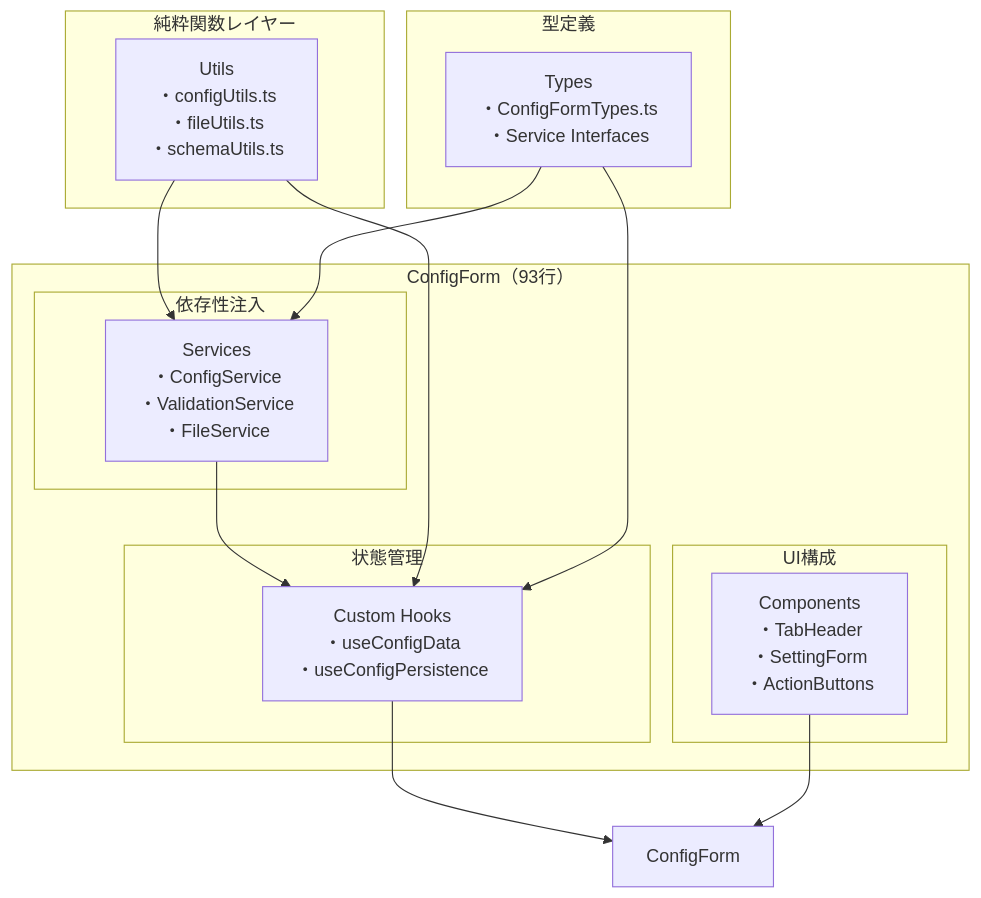
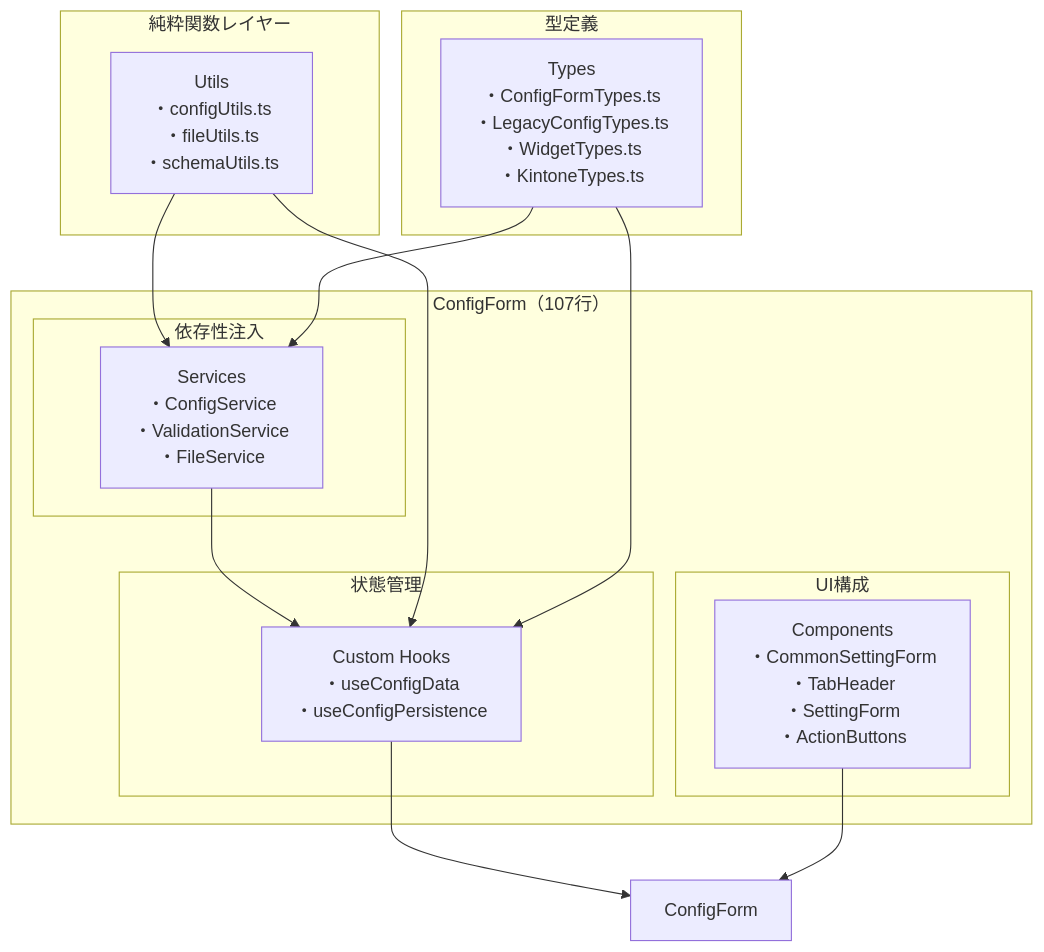
The first of 10 diagrams in docs/configform-detailed-explanation.md (okayus/kintone-plugin-template), drawn with Mermaid before and after one commit. The commit also changed other lines of this file and 1 other file, not shown here.

````diff
--- a/docs/configform-detailed-explanation.md
+++ b/docs/configform-detailed-explanation.md
@@ -25,32 +25,32 @@
 ```mermaid
 graph TB
-    subgraph "ConfigForm（93行）"
+    subgraph "ConfigForm（107行）"
         subgraph "依存性注入"
             Services["Services<br/>・ConfigService<br/>・ValidationService<br/>・FileService"]
         end
         
         subgraph "状態管理"
             Hooks["Custom Hooks<br/>・useConfigData<br/>・useConfigPersistence"]
         end
         
         subgraph "UI構成"
-            Components["Components<br/>・TabHeader<br/>・SettingForm<br/>・ActionButtons"]
+            Components["Components<br/>・CommonSettingForm<br/>・TabHeader<br/>・SettingForm<br/>・ActionButtons"]
         end
     end
     
     subgraph "純粋関数レイヤー"
         Utils["Utils<br/>・configUtils.ts<br/>・fileUtils.ts<br/>・schemaUtils.ts"]
     end
     
     subgraph "型定義"
-        Types["Types<br/>・ConfigFormTypes.ts<br/>・Service Interfaces"]
+        Types["Types<br/>・ConfigFormTypes.ts<br/>・LegacyConfigTypes.ts<br/>・WidgetTypes.ts<br/>・KintoneTypes.ts"]
     end
     
     Services --> Hooks
     Hooks --> ConfigForm
     Components --> ConfigForm
     Utils --> Services
     Utils --> Hooks
     Types --> Services
     Types --> Hooks
 ```
````
